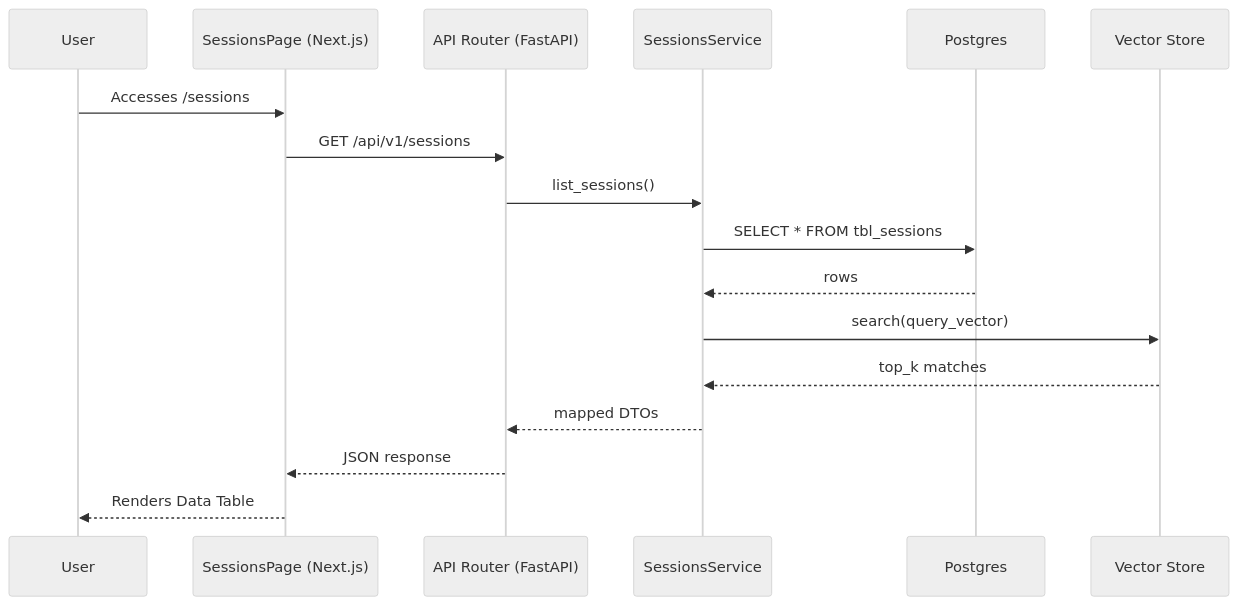
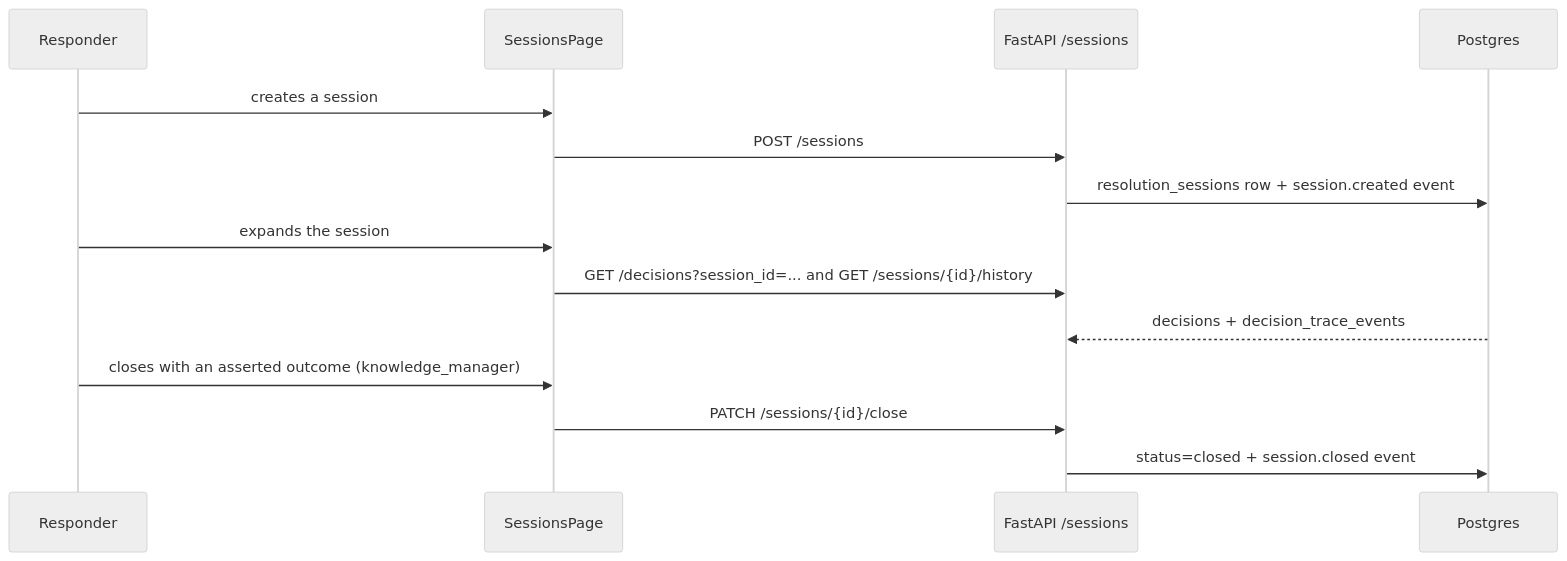
Before and after one commit to Valuedx/ContextEdge: the ninth of 26 diagrams in docs/11_UI_Tabs_Explanation.md, drawn with Mermaid (neutral theme). The commit also changed other lines of this file and 48 other files, not shown here.

````diff
--- a/docs/11_UI_Tabs_Explanation.md
+++ b/docs/11_UI_Tabs_Explanation.md
@@ -753,20 +930,17 @@
 ```mermaid
 sequenceDiagram
-    participant User
-    participant Frontend as SessionsPage (Next.js)
-    participant API as API Router (FastAPI)
-    participant Service as SessionsService
+    participant Responder
+    participant Page as SessionsPage
+    participant API as FastAPI /sessions
     participant DB as Postgres
-    participant Vector as Vector Store
-    
-    User->>Frontend: Accesses /sessions
-    Frontend->>API: GET /api/v1/sessions
-    API->>Service: list_sessions()
-    Service->>DB: SELECT * FROM tbl_sessions
-    DB-->>Service: rows
-    Service->>Vector: search(query_vector)
-    Vector-->>Service: top_k matches
-    Service-->>API: mapped DTOs
-    API-->>Frontend: JSON response
-    Frontend-->>User: Renders Data Table
+
+    Responder->>Page: creates a session
+    Page->>API: POST /sessions
+    API->>DB: resolution_sessions row + session.created event
+    Responder->>Page: expands the session
+    Page->>API: GET /decisions?session_id=... and GET /sessions/{id}/history
+    DB-->>API: decisions + decision_trace_events
+    Responder->>Page: closes with an asserted outcome (knowledge_manager)
+    Page->>API: PATCH /sessions/{id}/close
+    API->>DB: status=closed + session.closed event
 ```
````
